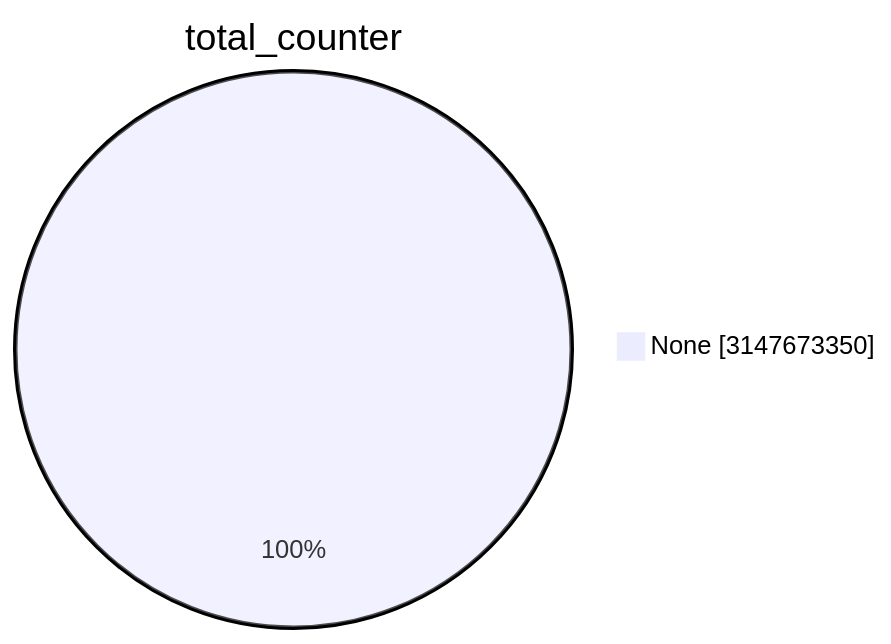
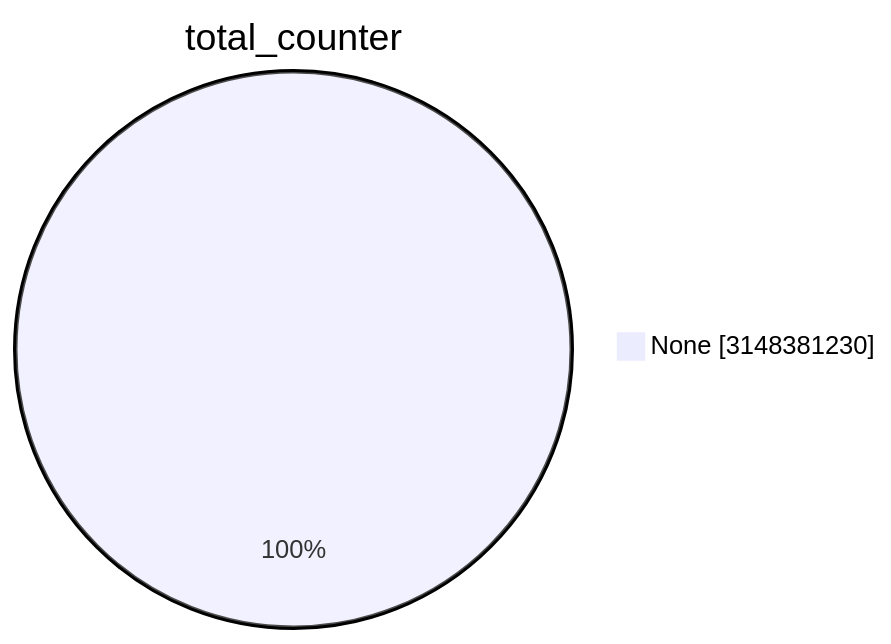
Before and after one commit to christiankrug/ctmonitor_visualization: the first of 15 diagrams in TOTAL/README.md, drawn with Mermaid. The commit also changed other lines of this file, not shown here.

````diff
--- a/TOTAL/README.md
+++ b/TOTAL/README.md
@@ -1,5 +1,5 @@
 ```mermaid
 pie showData
 title total_counter
-"None" :3147673350
+"None" :3148381230
 ```
````
